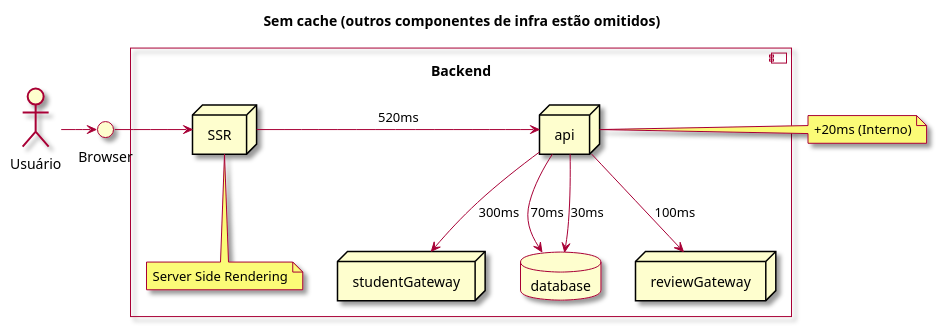
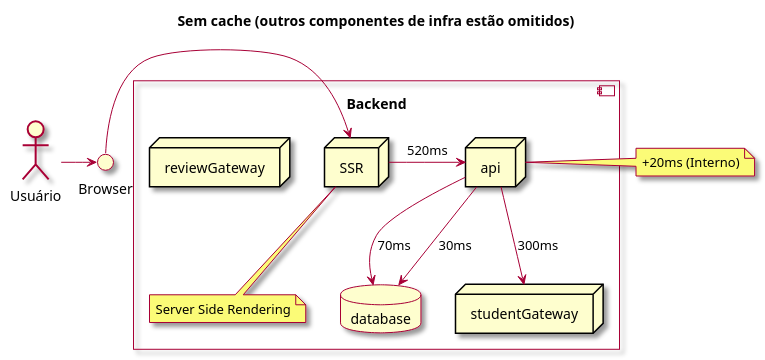
One commit to charlesardsilva/lecture-cache-content changed the diagram in docs/diagrams/request-sem-cache.plantuml. Above: the diagram before and after it, drawn with PlantUML. The commit also changed 29 other files, not shown here.

```diff
--- a/docs/diagrams/request-sem-cache.plantuml
+++ b/docs/diagrams/request-sem-cache.plantuml
@@ -1,34 +1,33 @@
 @startuml
 
 skin rose
 
 Title: Sem cache (outros componentes de infra estão omitidos)
 
 actor "Usuário" as actor
 interface "Browser" as browser
 
 
 actor -> browser
 
 
 component "Backend\n" {
 
   node SSR
   node "api" as backend
   node reviewGateway as reviewGateway
   node studentGateway as studentGateway
   database database
 
   browser -> SSR
   note bottom of SSR: Server Side Rendering
   backend --> database: 70ms
   backend --> database: 30ms
-  backend --> reviewGateway: 100ms
   backend --> studentGateway: 300ms
 
 }
 
 SSR -> backend: 520ms
 note right of backend: +20ms (Interno)
 
 @enduml
```
